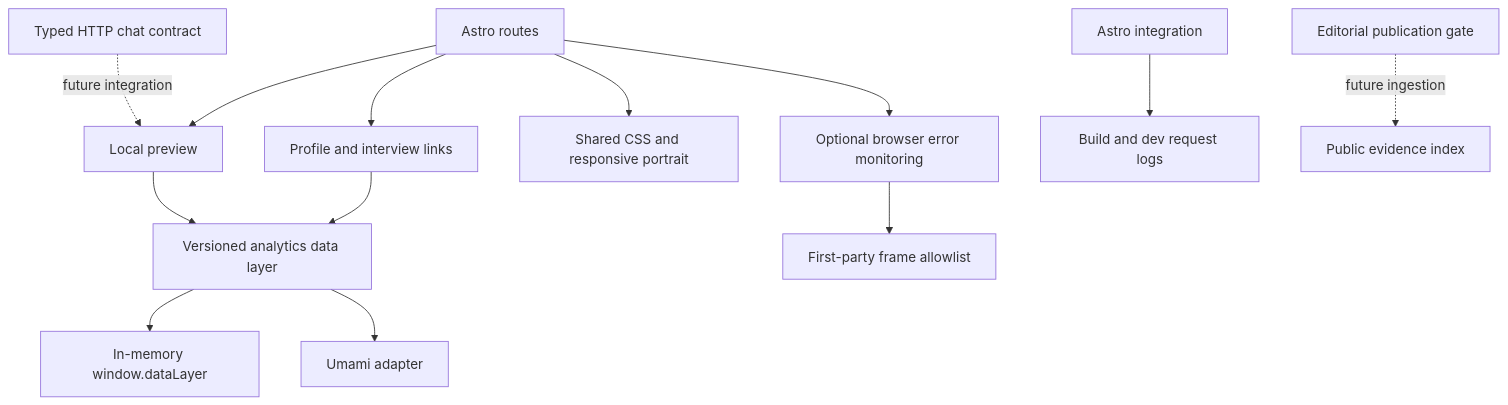
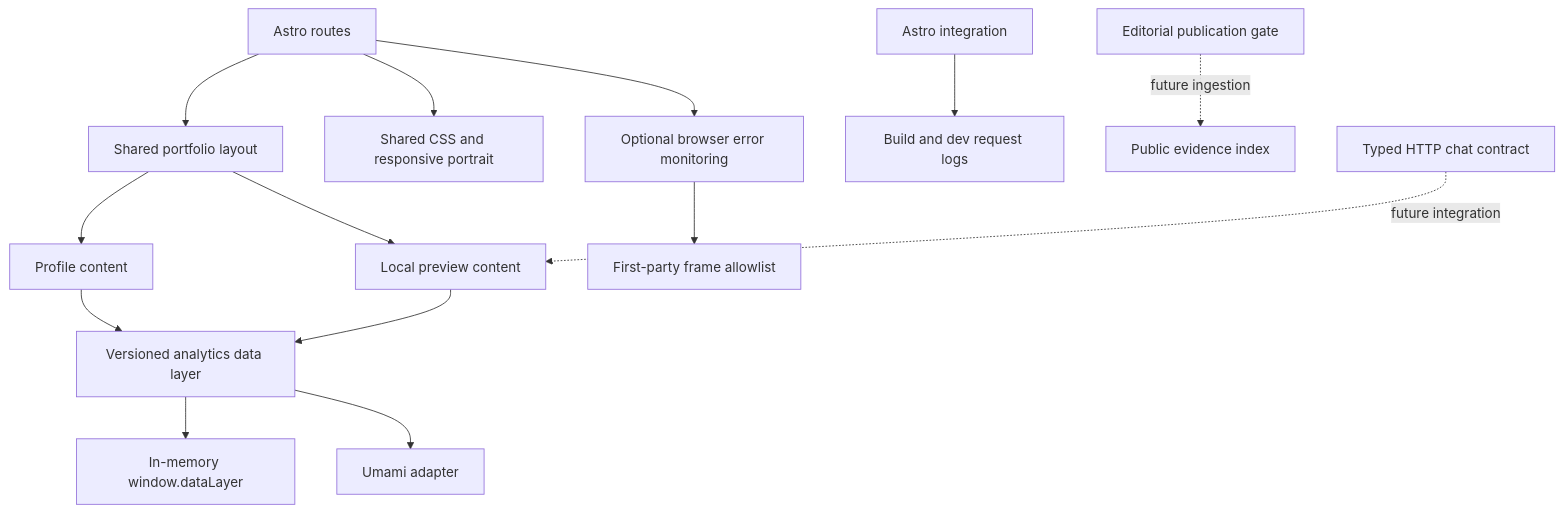
One commit to povedica/mi-cv changed the second of 4 diagrams in docs/ARCHITECTURE.md. Above: the diagram before and after it, drawn with Mermaid. The commit also changed other lines of this file and 10 other files, not shown here.

First line of the commit message:
Share the portfolio layout with the interview preview

````diff
--- a/docs/ARCHITECTURE.md
+++ b/docs/ARCHITECTURE.md
@@ -26,15 +26,16 @@
 ```mermaid
 flowchart TD
-  Astro[Astro routes] --> Home[Profile and interview links]
-  Astro --> Interview[Local preview]
+  Astro[Astro routes] --> Portfolio[Shared portfolio layout]
+  Portfolio --> Home[Profile content]
+  Portfolio --> Interview[Local preview content]
   Astro --> Assets[Shared CSS and responsive portrait]
   Home --> Data[Versioned analytics data layer]
   Interview --> Data
   Data --> Queue[In-memory window.dataLayer]
   Data --> Adapter[Umami adapter]
   Astro --> Errors[Optional browser error monitoring]
   Errors --> Scrubber[First-party frame allowlist]
   Config[Astro integration] --> Logs[Build and dev request logs]
   Gate[Editorial publication gate] -. future ingestion .-> Evidence[Public evidence index]
   Contract[Typed HTTP chat contract] -. future integration .-> Interview
 ```
````
